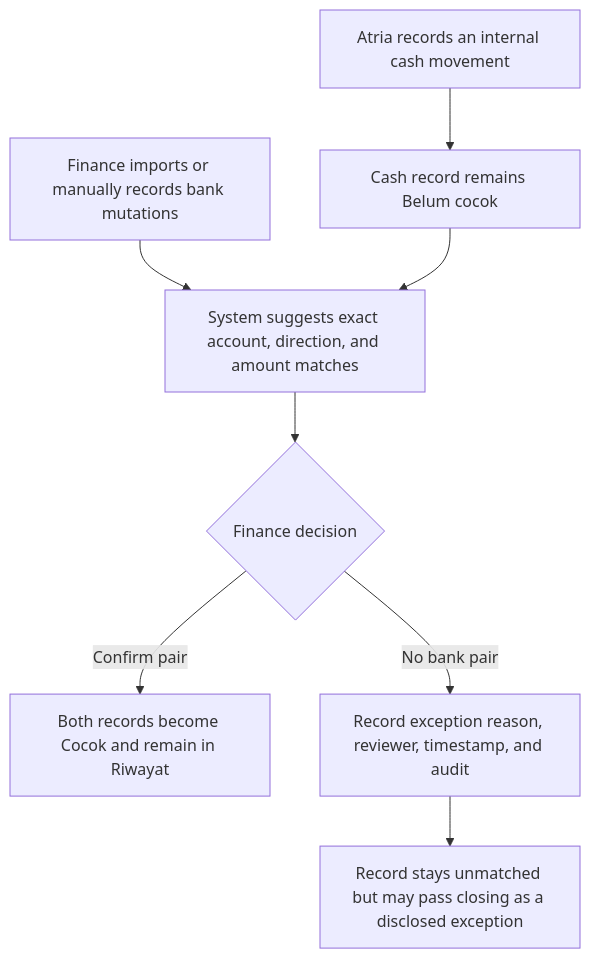
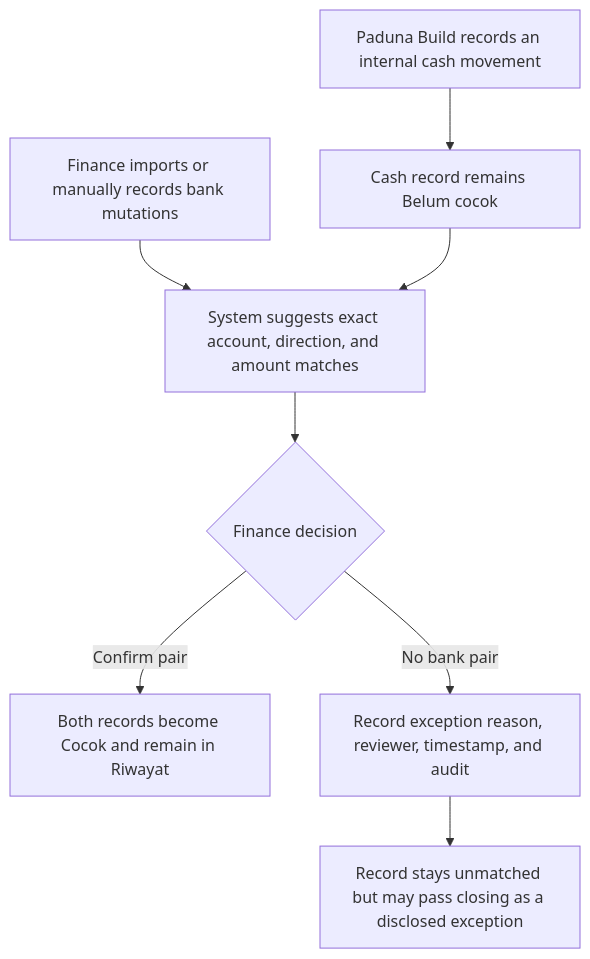
The eighth of 13 diagrams in docs/03-flows/FLOWS.md (LibranRst/atria-erp), drawn with Mermaid before and after one commit. The commit also changed 290 other files, not shown here.

First line of the commit message:
docs: rebrand to Paduna Build and record architecture, brand and plans

````diff
--- a/docs/03-flows/FLOWS.md
+++ b/docs/03-flows/FLOWS.md
@@ -120,10 +120,10 @@
 ```mermaid
 flowchart TD
-  A["Atria records an internal cash movement"] --> B["Cash record remains Belum cocok"]
+  A["Paduna Build records an internal cash movement"] --> B["Cash record remains Belum cocok"]
   C["Finance imports or manually records bank mutations"] --> D["System suggests exact account, direction, and amount matches"]
   B --> D
   D --> E{"Finance decision"}
   E -->|"Confirm pair"| F["Both records become Cocok and remain in Riwayat"]
   E -->|"No bank pair"| G["Record exception reason, reviewer, timestamp, and audit"]
   G --> H["Record stays unmatched but may pass closing as a disclosed exception"]
 ```
````
